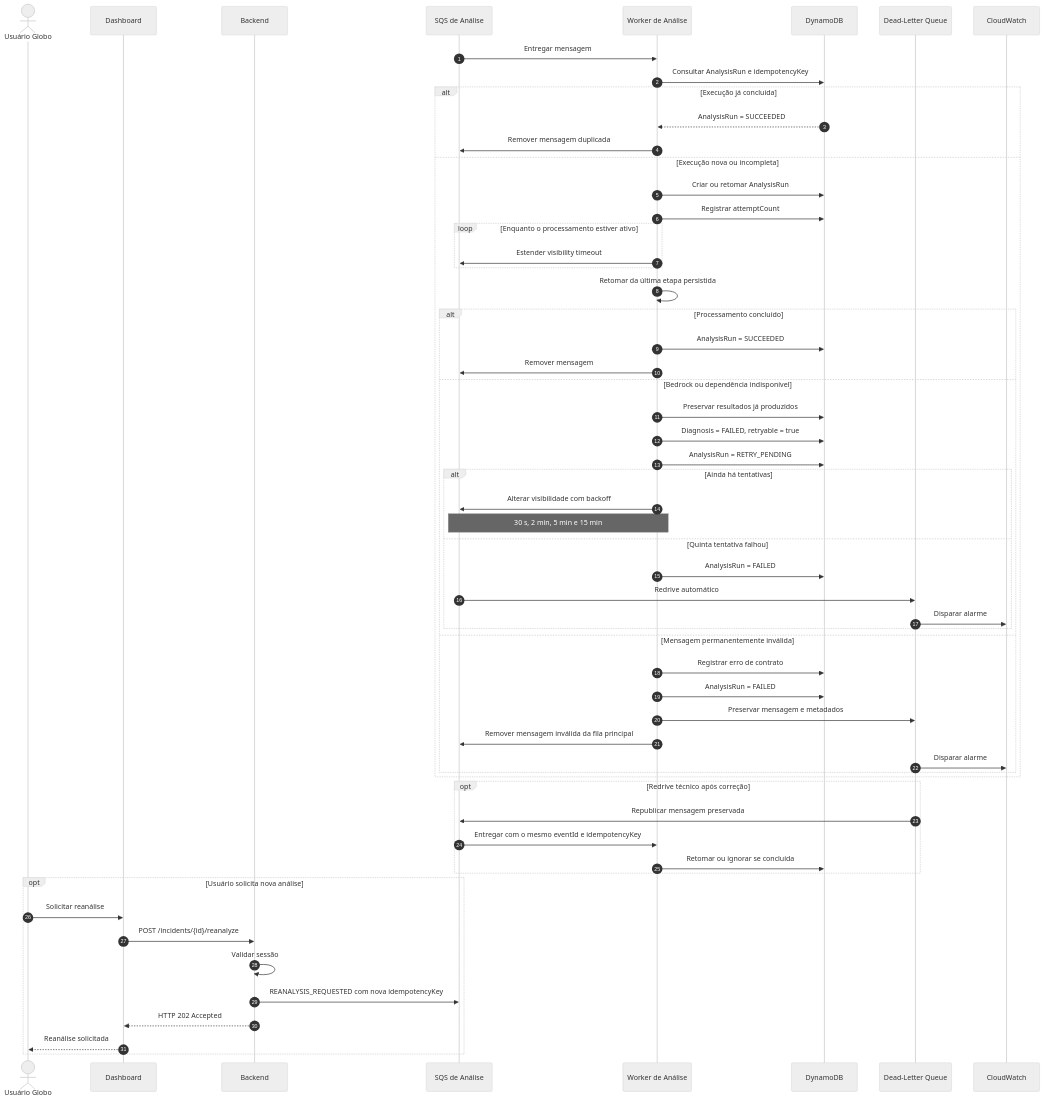
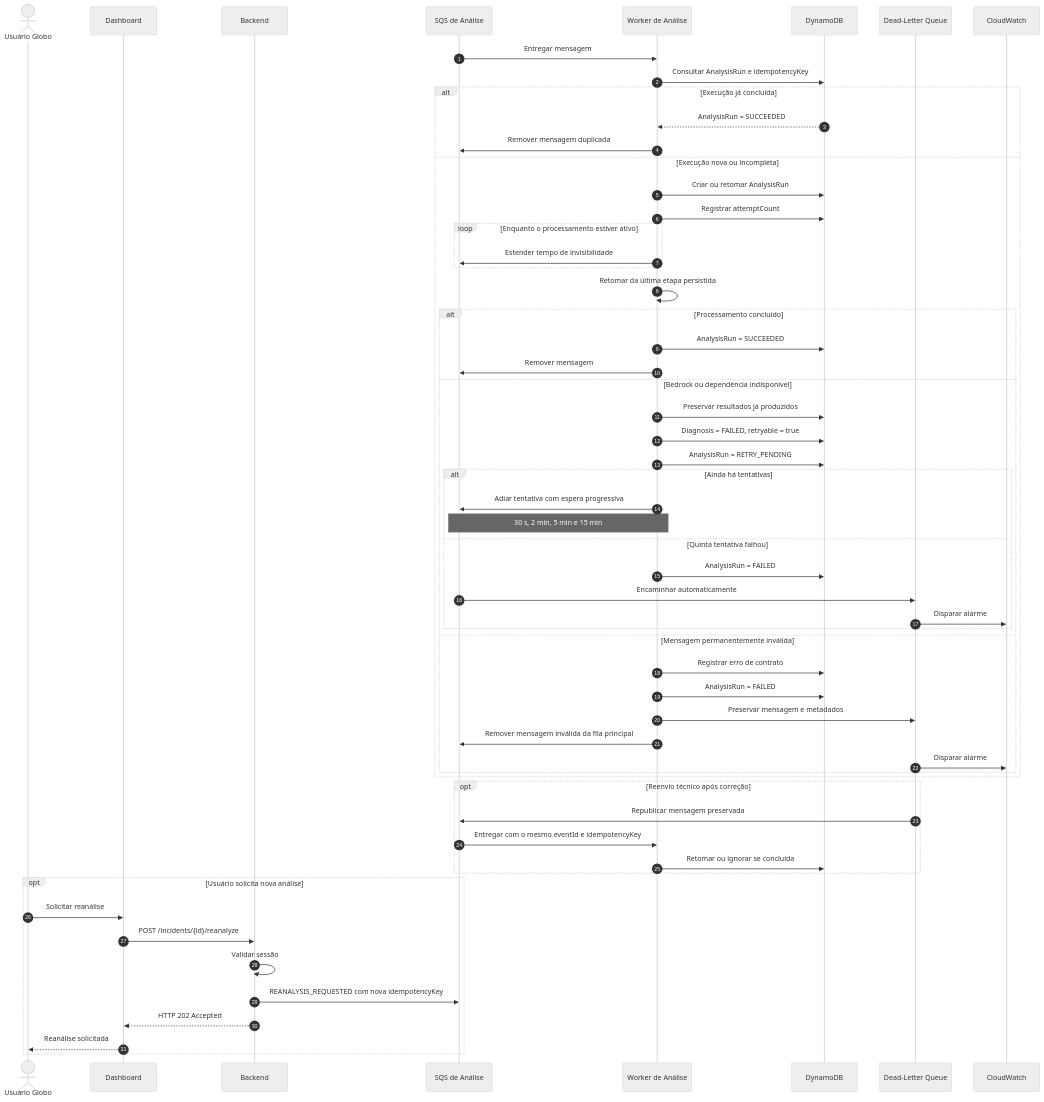
Before and after one commit to guedesrayssa/viewshow-ai-observability: the seventh of 8 diagrams in artefatos/sprint3/modelagem.md, drawn with Mermaid (neutral theme). The commit also changed other lines of this file, not shown here.

Commit message:
docs(modelagem): aprimora explicação dos diagramas de sequência

````diff
--- a/artefatos/sprint3/modelagem.md
+++ b/artefatos/sprint3/modelagem.md
@@ -1006,69 +1014,69 @@
 ```mermaid
 sequenceDiagram
     autonumber
 
     actor U as Usuário Globo
     participant UI as Dashboard
     participant API as Backend
     participant Q as SQS de Análise
     participant W as Worker de Análise
     participant DB as DynamoDB
     participant DLQ as Dead-Letter Queue
     participant CW as CloudWatch
 
     Q->>W: Entregar mensagem
     W->>DB: Consultar AnalysisRun e idempotencyKey
 
     alt Execução já concluída
         DB-->>W: AnalysisRun = SUCCEEDED
         W->>Q: Remover mensagem duplicada
     else Execução nova ou incompleta
         W->>DB: Criar ou retomar AnalysisRun
         W->>DB: Registrar attemptCount
 
         loop Enquanto o processamento estiver ativo
-            W->>Q: Estender visibility timeout
+            W->>Q: Estender tempo de invisibilidade
         end
 
         W->>W: Retomar da última etapa persistida
 
         alt Processamento concluído
             W->>DB: AnalysisRun = SUCCEEDED
             W->>Q: Remover mensagem
         else Bedrock ou dependência indisponível
             W->>DB: Preservar resultados já produzidos
             W->>DB: Diagnosis = FAILED, retryable = true
             W->>DB: AnalysisRun = RETRY_PENDING
 
             alt Ainda há tentativas
-                W->>Q: Alterar visibilidade com backoff
+                W->>Q: Adiar tentativa com espera progressiva
                 Note over Q,W: 30 s, 2 min, 5 min e 15 min
             else Quinta tentativa falhou
                 W->>DB: AnalysisRun = FAILED
-                Q->>DLQ: Redrive automático
+                Q->>DLQ: Encaminhar automaticamente
                 DLQ->>CW: Disparar alarme
             end
         else Mensagem permanentemente inválida
             W->>DB: Registrar erro de contrato
             W->>DB: AnalysisRun = FAILED
             W->>DLQ: Preservar mensagem e metadados
             W->>Q: Remover mensagem inválida da fila principal
             DLQ->>CW: Disparar alarme
         end
     end
 
-    opt Redrive técnico após correção
+    opt Reenvio técnico após correção
         DLQ->>Q: Republicar mensagem preservada
         Q->>W: Entregar com o mesmo eventId e idempotencyKey
         W->>DB: Retomar ou ignorar se concluída
     end
 
     opt Usuário solicita nova análise
         U->>UI: Solicitar reanálise
         UI->>API: POST /incidents/{id}/reanalyze
         API->>API: Validar sessão
         API->>Q: REANALYSIS_REQUESTED com nova idempotencyKey
         API-->>UI: HTTP 202 Accepted
         UI-->>U: Reanálise solicitada
     end
 ```
````
